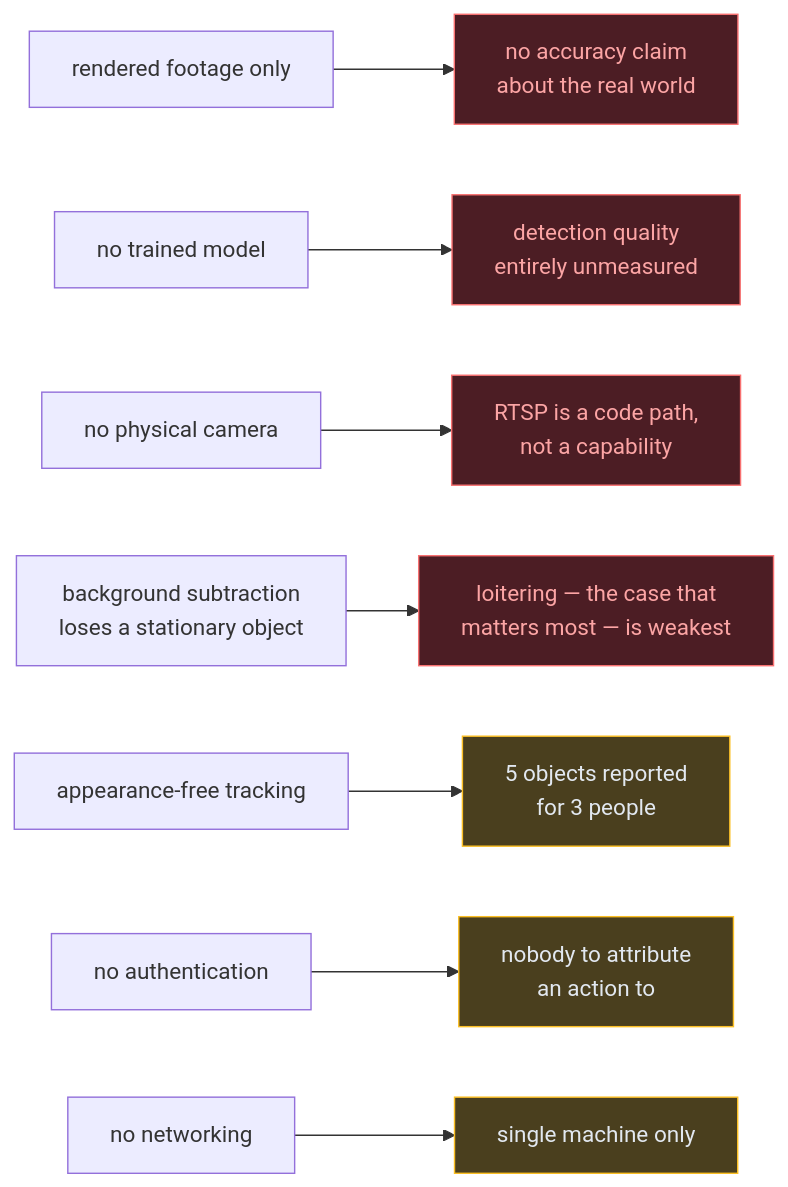
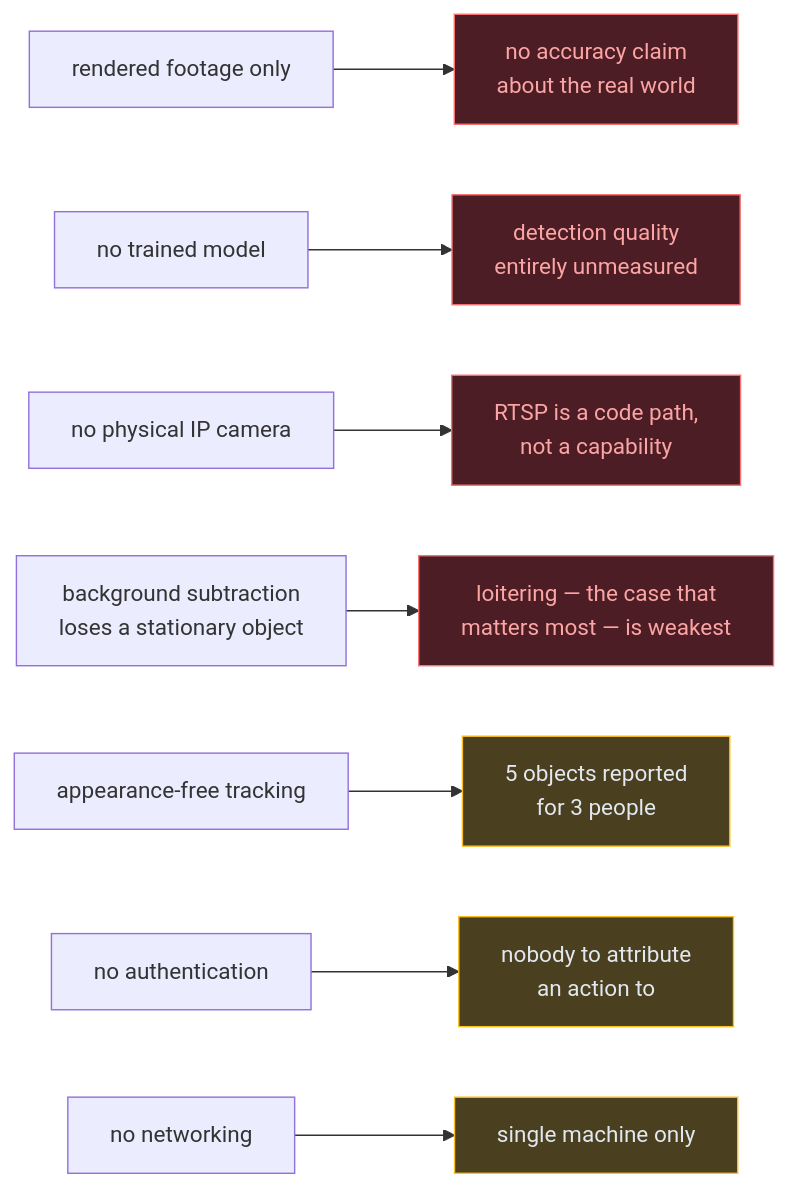
One commit to haidar-farhat/V.I.G.I.L._Vision_Intelligence_and_Geospatial_ncident_Layer changed the fifth of 5 diagrams in STATUS.md. Above: the diagram before and after it, drawn with Mermaid. The commit also changed other lines of this file and 14 other files, not shown here.

````diff
--- a/STATUS.md
+++ b/STATUS.md
@@ -510,18 +518,18 @@
 ```mermaid
 flowchart LR
     G1["rendered footage only"] --> C1["no accuracy claim<br/>about the real world"]
     G2["no trained model"] --> C2["detection quality<br/>entirely unmeasured"]
-    G3["no physical camera"] --> C3["RTSP is a code path,<br/>not a capability"]
+    G3["no physical IP camera"] --> C3["RTSP is a code path,<br/>not a capability"]
     G4["background subtraction<br/>loses a stationary object"] --> C4["loitering — the case that<br/>matters most — is weakest"]
     G5["appearance-free tracking"] --> C5["5 objects reported<br/>for 3 people"]
     G6["no authentication"] --> C6["nobody to attribute<br/>an action to"]
     G7["no networking"] --> C7["single machine only"]
 
     style C1 fill:#4c1d24,stroke:#f87171,color:#fca5a5
     style C2 fill:#4c1d24,stroke:#f87171,color:#fca5a5
     style C3 fill:#4c1d24,stroke:#f87171,color:#fca5a5
     style C4 fill:#4c1d24,stroke:#f87171,color:#fca5a5
     style C5 fill:#4a3f1e,stroke:#fbbf24,color:#e2e8f0
     style C6 fill:#4a3f1e,stroke:#fbbf24,color:#e2e8f0
     style C7 fill:#4a3f1e,stroke:#fbbf24,color:#e2e8f0
 ```
````
